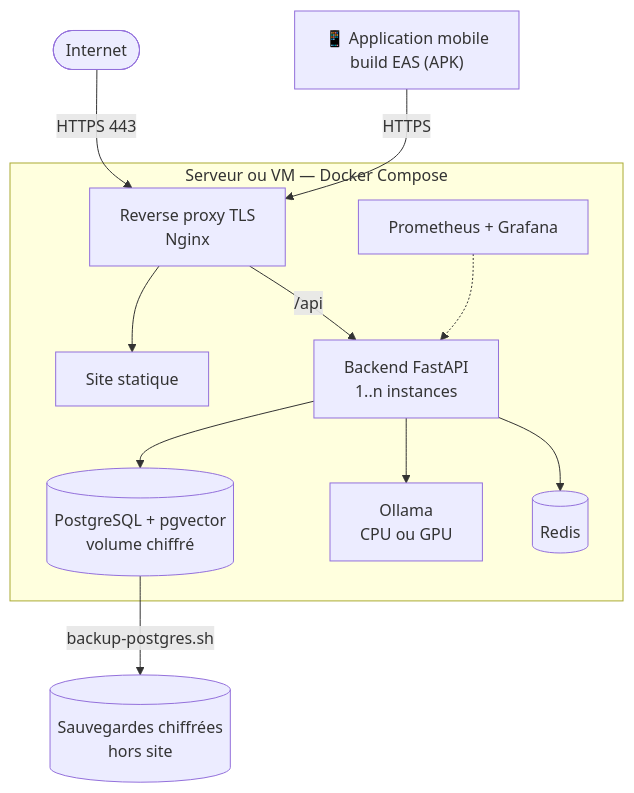
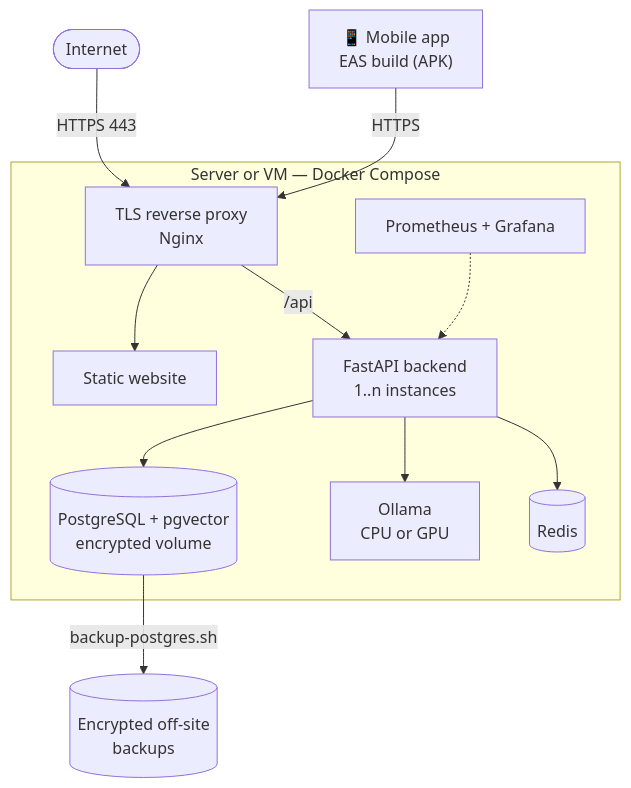
Before and after one commit to Dioumadev221/SUNUSAFEGUARD: diagram 16 of 17 in README.md, drawn with Mermaid. The commit also changed other lines of this file and 1 other file, not shown here.

````diff
--- a/README.md
+++ b/README.md
@@ -917,14 +933,14 @@
 ```mermaid
 flowchart TB
-    INTERNET(["Internet"]) -->|HTTPS 443| LB["Reverse proxy TLS<br/>Nginx"]
-    subgraph SERVEUR["Serveur ou VM — Docker Compose"]
-        LB --> FE["Site statique"]
-        LB -->|/api| BE["Backend FastAPI<br/>1..n instances"]
-        BE --> PG[("PostgreSQL + pgvector<br/>volume chiffré")]
-        BE --> OL["Ollama<br/>CPU ou GPU"]
+    INTERNET(["Internet"]) -->|HTTPS 443| LB["TLS reverse proxy<br/>Nginx"]
+    subgraph SERVER["Server or VM — Docker Compose"]
+        LB --> FE["Static website"]
+        LB -->|/api| BE["FastAPI backend<br/>1..n instances"]
+        BE --> PG[("PostgreSQL + pgvector<br/>encrypted volume")]
+        BE --> OL["Ollama<br/>CPU or GPU"]
         BE --> RD[("Redis")]
         MON["Prometheus + Grafana"] -.-> BE
     end
-    PG -->|backup-postgres.sh| BK[("Sauvegardes chiffrées<br/>hors site")]
-    APP["📱 Application mobile<br/>build EAS (APK)"] -->|HTTPS| LB
+    PG -->|backup-postgres.sh| BK[("Encrypted off-site<br/>backups")]
+    APP["📱 Mobile app<br/>EAS build (APK)"] -->|HTTPS| LB
 ```
````
